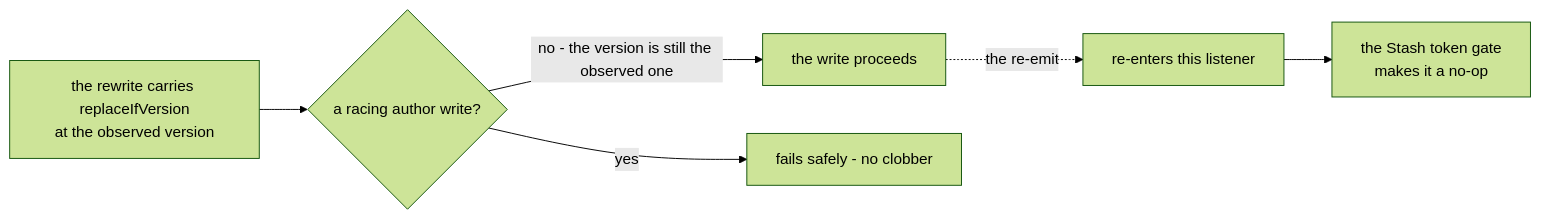
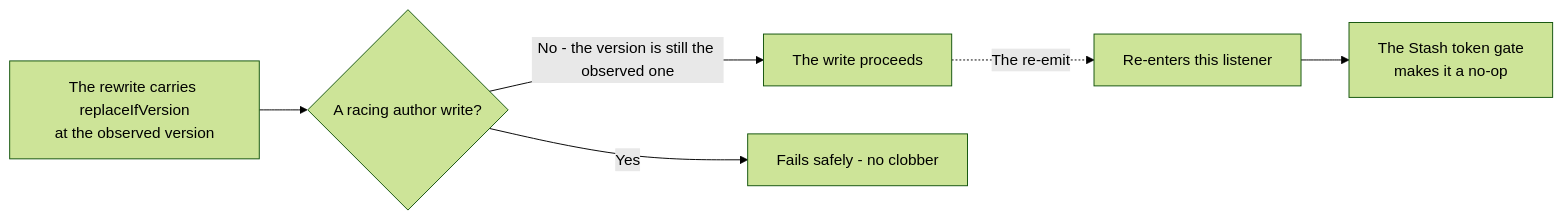
The diagram in Source/Content/Mermaid/version-coherence.mmd (PlayForm/Site-DeepSeek), drawn with Mermaid (forest theme) before and after one commit. The commit also changed 174 other files, not shown here.

```diff
--- a/Source/Content/Mermaid/version-coherence.mmd
+++ b/Source/Content/Mermaid/version-coherence.mmd
@@ -1,6 +1,6 @@
 flowchart LR
-	WRITE["the rewrite carries replaceIfVersion<br/>at the observed version"] --> RACE{"a racing author write?"}
-	RACE -- "no - the version is still the observed one" --> OK["the write proceeds"]
-	RACE -- "yes" --> FAIL["fails safely - no clobber"]
-	OK -. "the re-emit" .-> REEMIT["re-enters this listener"]
-	REEMIT --> NOOP["the Stash token gate<br/>makes it a no-op"]
+	WRITE["The rewrite carries replaceIfVersion<br/>at the observed version"] --> RACE{"A racing author write?"}
+	RACE -- "No - the version is still the observed one" --> OK["The write proceeds"]
+	RACE -- "Yes" --> FAIL["Fails safely - no clobber"]
+	OK -. "The re-emit" .-> REEMIT["Re-enters this listener"]
+	REEMIT --> NOOP["The Stash token gate<br/>makes it a no-op"]
```
